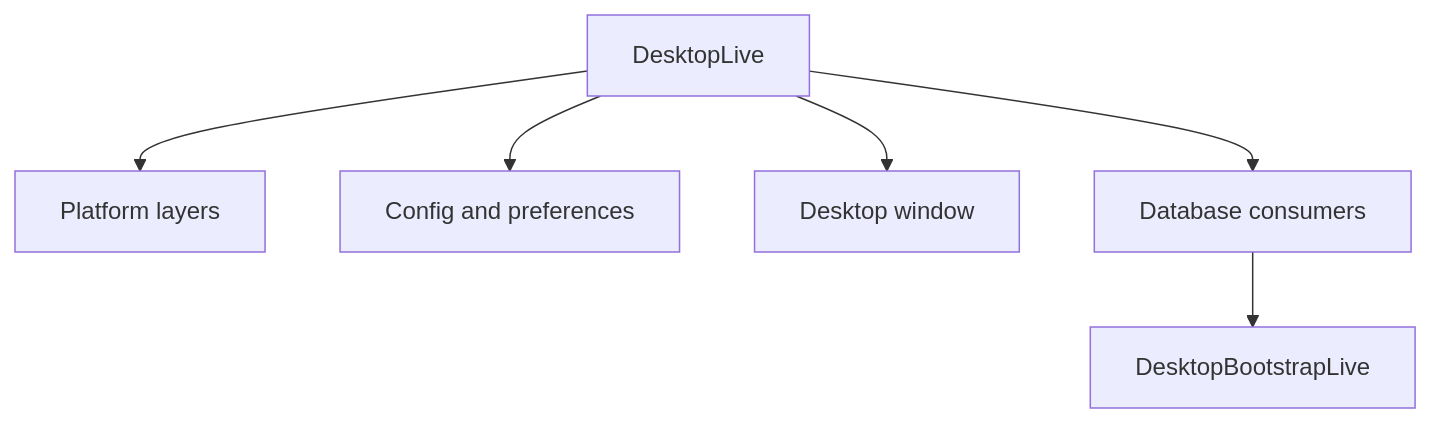
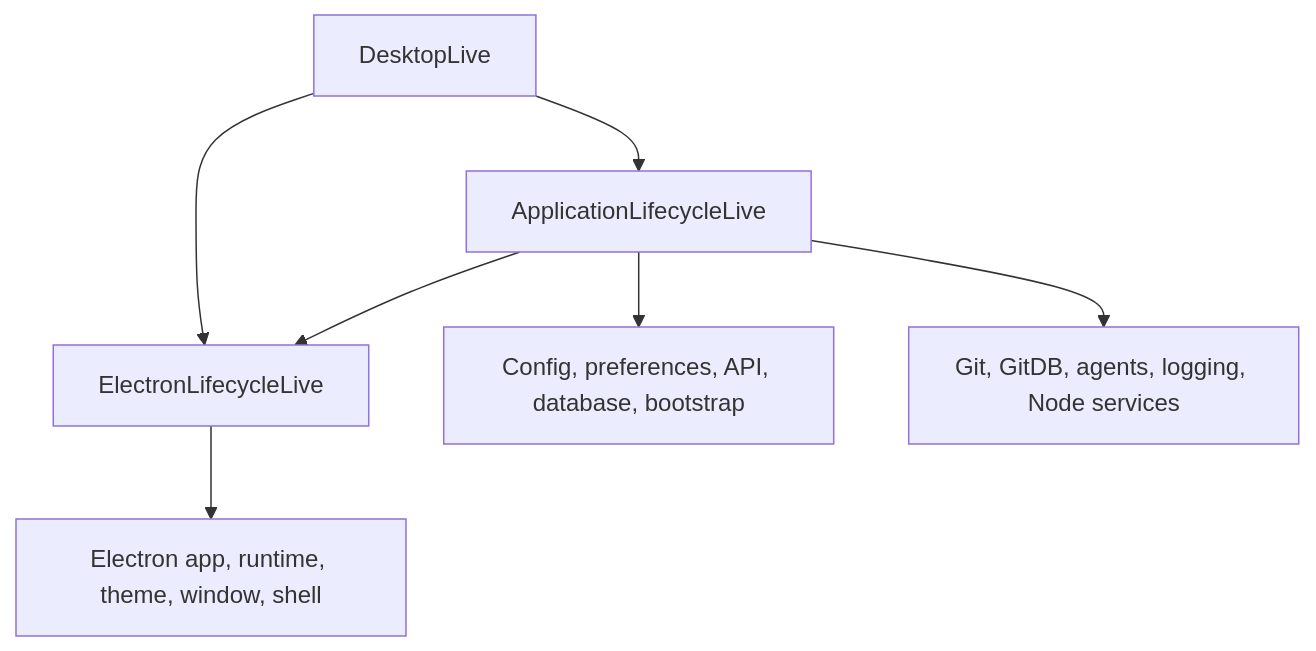
One commit to robertpitt/cycle changed the second of 4 diagrams in packages/desktop/ARCHITECTURE.md. Above: the diagram before and after it, drawn with Mermaid. The commit also changed other lines of this file and 119 other files, not shown here.

````diff
--- a/packages/desktop/ARCHITECTURE.md
+++ b/packages/desktop/ARCHITECTURE.md
@@ -140,15 +140,16 @@
 ```mermaid
 flowchart TD
   DesktopLive["DesktopLive"]
-  Platform["Platform layers"]
-  Config["Config and preferences"]
-  Window["Desktop window"]
-  Data["Database consumers"]
-  Bootstrap["DesktopBootstrapLive"]
+  ElectronLifecycle["ElectronLifecycleLive"]
+  ApplicationLifecycle["ApplicationLifecycleLive"]
+  ElectronServices["Electron app, runtime, theme, window, shell"]
+  ApplicationServices["Config, preferences, API, database, bootstrap"]
+  ExternalServices["Git, GitDB, agents, logging, Node services"]
 
-  DesktopLive --> Platform
-  DesktopLive --> Config
-  DesktopLive --> Window
-  DesktopLive --> Data
-  Data --> Bootstrap
+  DesktopLive --> ElectronLifecycle
+  DesktopLive --> ApplicationLifecycle
+  ElectronLifecycle --> ElectronServices
+  ApplicationLifecycle --> ApplicationServices
+  ApplicationLifecycle --> ExternalServices
+  ApplicationLifecycle --> ElectronLifecycle
 ```
````
